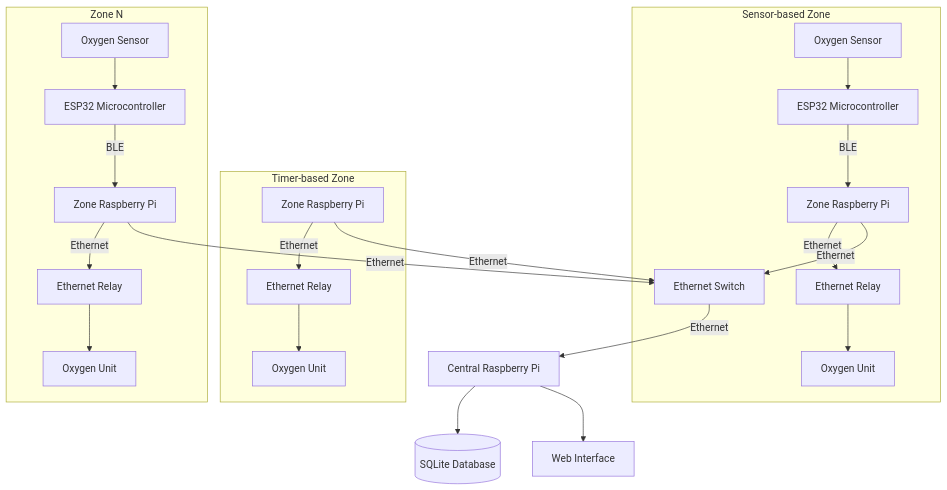
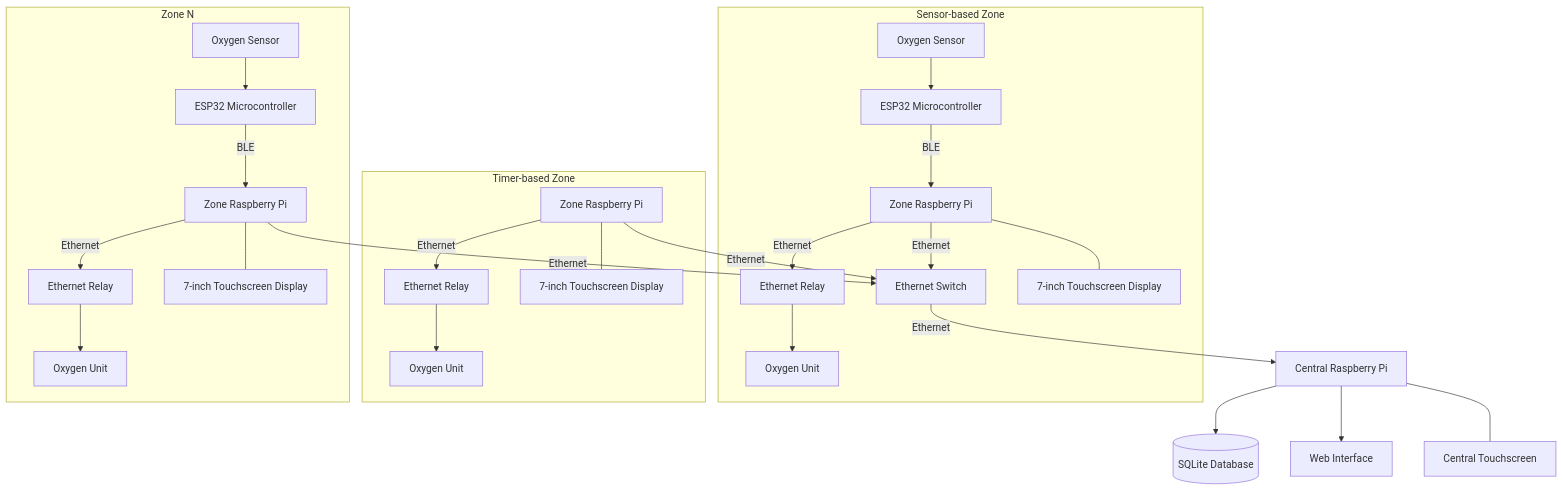
One commit to adityatripathi05/Oxygen-Enrichment-System changed the first of 8 diagrams in docs/design_plan.md. Above: the diagram before and after it, drawn with Mermaid. The commit also changed other lines of this file, not shown here.

````diff
--- a/docs/design_plan.md
+++ b/docs/design_plan.md
@@ -67,28 +78,32 @@
 ```mermaid
 graph TD
     subgraph "Sensor-based Zone"
         OS1[Oxygen Sensor] --> ESP1[ESP32 Microcontroller]
         ESP1 -->|BLE| RPI1[Zone Raspberry Pi]
         RPI1 -->|Ethernet| ER1[Ethernet Relay]
         ER1 --> OU1[Oxygen Unit]
         RPI1 -->|Ethernet| SW[Ethernet Switch]
+        RPI1 --- TD1[7-inch Touchscreen Display]
     end
 
     subgraph "Timer-based Zone"
         RPI2[Zone Raspberry Pi] -->|Ethernet| ER2[Ethernet Relay]
         ER2 --> OU2[Oxygen Unit]
         RPI2 -->|Ethernet| SW
+        RPI2 --- TD2[7-inch Touchscreen Display]
     end
 
     subgraph "Zone N"
         OSN[Oxygen Sensor] --> ESPN[ESP32 Microcontroller]
         ESPN -->|BLE| RPIN[Zone Raspberry Pi]
         RPIN -->|Ethernet| ERN[Ethernet Relay]
         ERN --> OUN[Oxygen Unit]
         RPIN -->|Ethernet| SW
+        RPIN --- TDN[7-inch Touchscreen Display]
     end
 
     SW -->|Ethernet| CRPI[Central Raspberry Pi]
     CRPI --> DB[(SQLite Database)]
     CRPI --> WI[Web Interface]
+    CRPI --- CTD[Central Touchscreen]
 ```
````
